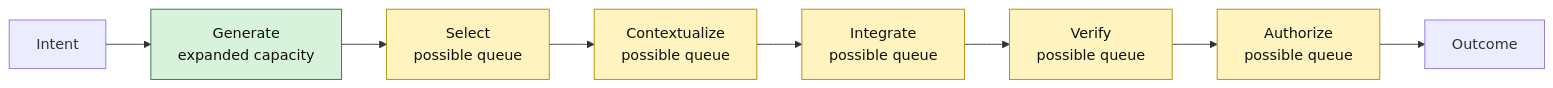
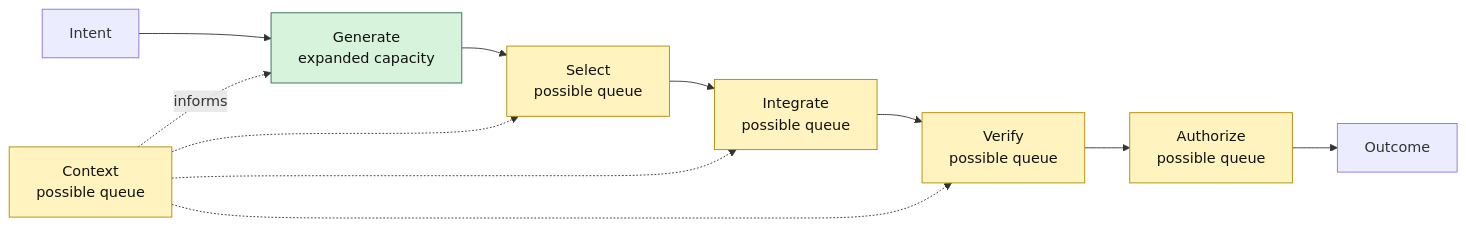
The diagram in book/part-1-the-constraint-moved/01-when-production-gets-cheap.qmd (gabosarmiento/reinvented-by-ai), drawn with Mermaid before and after one commit. The commit also changed other lines of this file and 4 other files, not shown here.

````diff
--- a/book/part-1-the-constraint-moved/01-when-production-gets-cheap.qmd
+++ b/book/part-1-the-constraint-moved/01-when-production-gets-cheap.qmd
@@ -60,17 +60,20 @@
 ```{mermaid}
 %%| label: fig-moving-constraint
 %%| fig-cap: "When generation capacity expands, the constraint moves into the surrounding operating system."
-%%| fig-alt: "Flow from intent through generation, selection, context, integration, verification, and authorization to an outcome. Generation is marked as expanded capacity; the downstream stages are possible queues."
+%%| fig-alt: "Flow from intent through generation, selection, integration, verification, and authorization to an outcome. Context informs generation and the downstream stages. Generation is marked as expanded capacity; selection, context, integration, verification, and authorization are possible queues."
 flowchart LR
     I[Intent] --> G["Generate<br/>expanded capacity"]
     G --> S["Select<br/>possible queue"]
-    S --> C["Contextualize<br/>possible queue"]
-    C --> N["Integrate<br/>possible queue"]
+    S --> N["Integrate<br/>possible queue"]
     N --> V["Verify<br/>possible queue"]
     V --> A["Authorize<br/>possible queue"]
     A --> O[Outcome]
+    C["Context<br/>possible queue"] -. informs .-> G
+    C -.-> S
+    C -.-> N
+    C -.-> V
     classDef expanded fill:#d8f3dc,stroke:#2d6a4f,color:#111;
     classDef queue fill:#fff3bf,stroke:#b08900,color:#111;
     class G expanded;
     class S,C,N,V,A queue;
 ```
````
